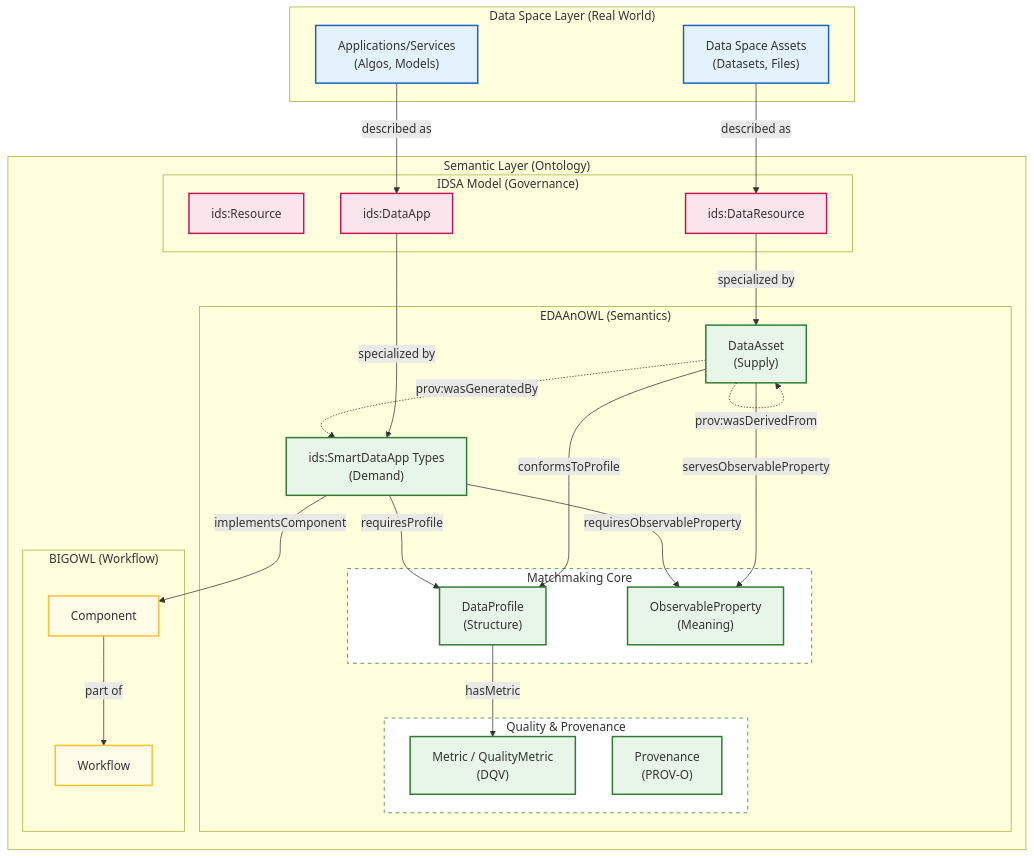
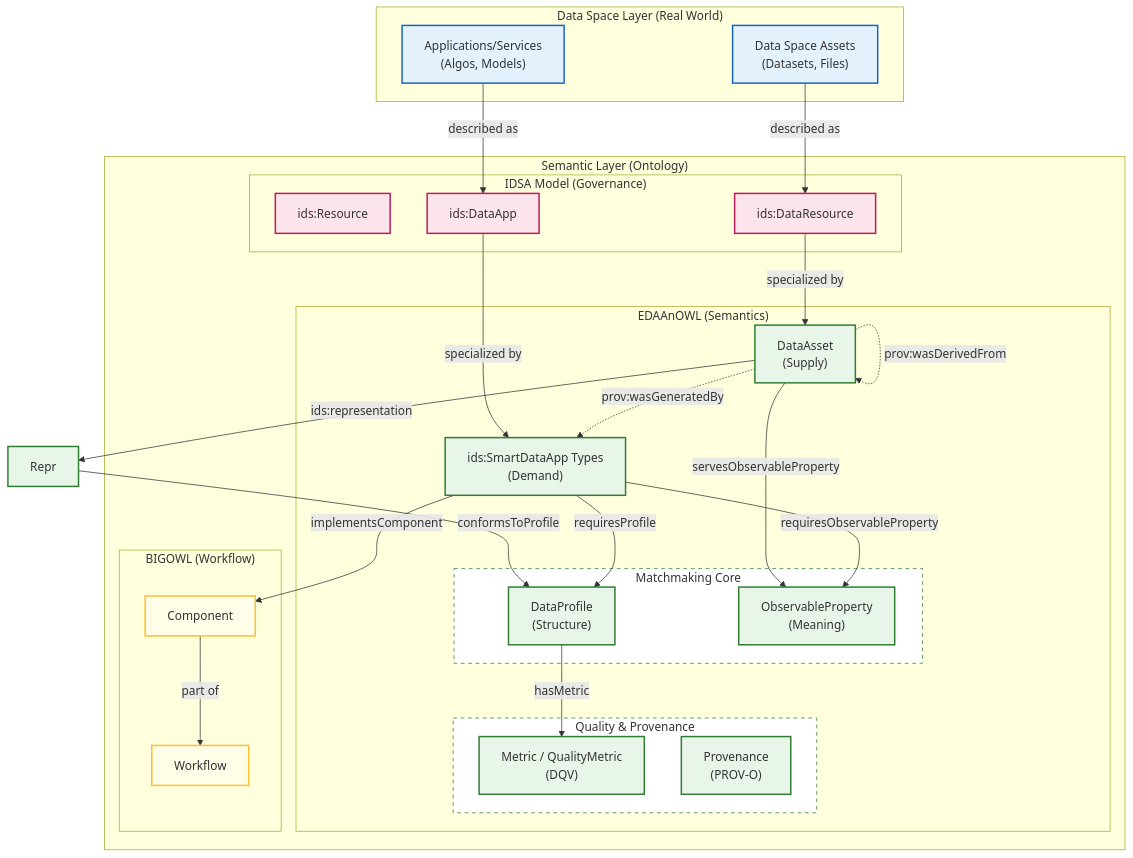
One commit to KhaosResearch/EDAAnOWL changed the diagram in ARCHITECTURE.md. Above: the diagram before and after it, drawn with Mermaid. The commit also changed other lines of this file and 1 other file, not shown here.

Commit message:
docs: update architecture and changelog for v0.4.1

````diff
--- a/ARCHITECTURE.md
+++ b/ARCHITECTURE.md
@@ -3,67 +3,68 @@
 ```mermaid
 graph TB
     subgraph DataSpace ["Data Space Layer (Real World)"]
         DS["Data Space Assets<br/>(Datasets, Files)"]
         AP["Applications/Services<br/>(Algos, Models)"]
     end
 
     subgraph Semantic ["Semantic Layer (Ontology)"]
         subgraph IDSA ["IDSA Model (Governance)"]
             IR["ids:Resource"]
             IDR["ids:DataResource"]
             IDA["ids:DataApp"]
         end
 
         subgraph EDAAnOWL ["EDAAnOWL (Semantics)"]
             DA["DataAsset<br/>(Supply)"]
             Apps["ids:SmartDataApp Types<br/>(Demand)"]
             
             subgraph Matchmaking ["Matchmaking Core"]
                 Prof["DataProfile<br/>(Structure)"]
                 OP["ObservableProperty<br/>(Meaning)"]
             end
             
             subgraph QualityProv ["Quality & Provenance"]
                 Met["Metric / QualityMetric<br/>(DQV)"]
                 Prov["Provenance<br/>(PROV-O)"]
             end
         end
 
         subgraph BIGOWL ["BIGOWL (Workflow)"]
             WF["Workflow"]
             Comp["Component"]
         end
     end
 
     %% Relationships
     DS -->|"described as"| IDR
     AP -->|"described as"| IDA
     IDR -->|"specialized by"| DA
     IDA -->|"specialized by"| Apps
     
     DA -- "servesObservableProperty" --> OP
     Apps -- "requiresObservableProperty" --> OP
     
-    DA -- "conformsToProfile" --> Prof
+    DA -- "ids:representation" --> Repr
+    Repr -- "conformsToProfile" --> Prof
     Apps -- "requiresProfile" --> Prof
 
     Prof -- "hasMetric" --> Met
     DA -.->|"prov:wasGeneratedBy"| Apps
     DA -.->|"prov:wasDerivedFrom"| DA
 
     Apps -- "implementsComponent" --> Comp
     Comp -->|"part of"| WF
 
     %% Styling
     classDef space fill:#e3f2fd,stroke:#1565c0,stroke-width:2px
     classDef idsa fill:#fce4ec,stroke:#c2185b,stroke-width:2px
     classDef edaan fill:#e8f5e9,stroke:#2e7d32,stroke-width:2px
     classDef bigowl fill:#fffde7,stroke:#fbc02d,stroke-width:2px
     classDef core fill:#ffffff,stroke:#2e7d32,stroke-width:1px,stroke-dasharray: 5 5
 
     class DS,AP space
     class IR,IDR,IDA idsa
-    class DA,Apps,Prof,OP,Met,Prov edaan
+    class DA,Repr,Apps,Prof,OP,Met,Prov edaan
     class WF,Comp bigowl
     class Matchmaking,QualityProv core
 ```
````
